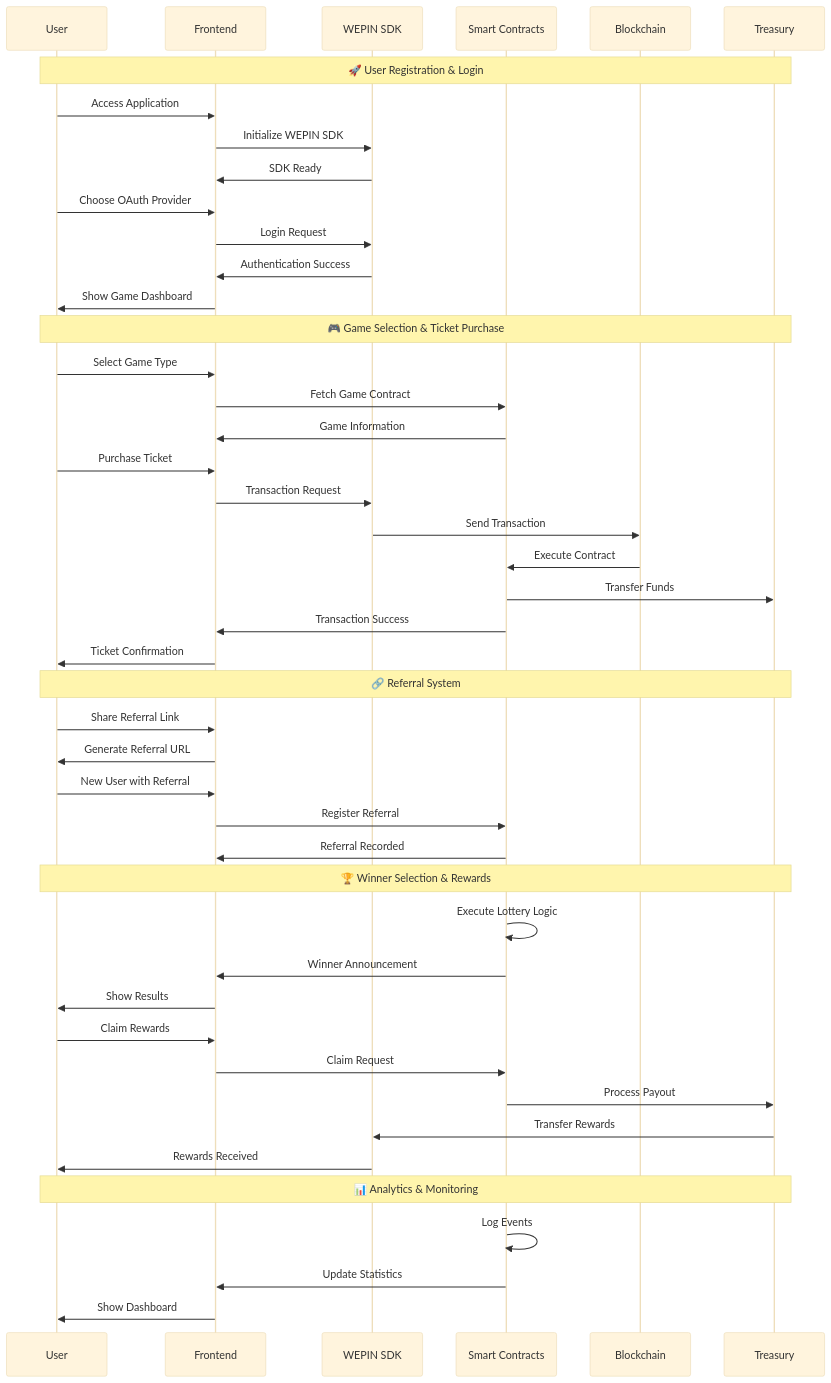
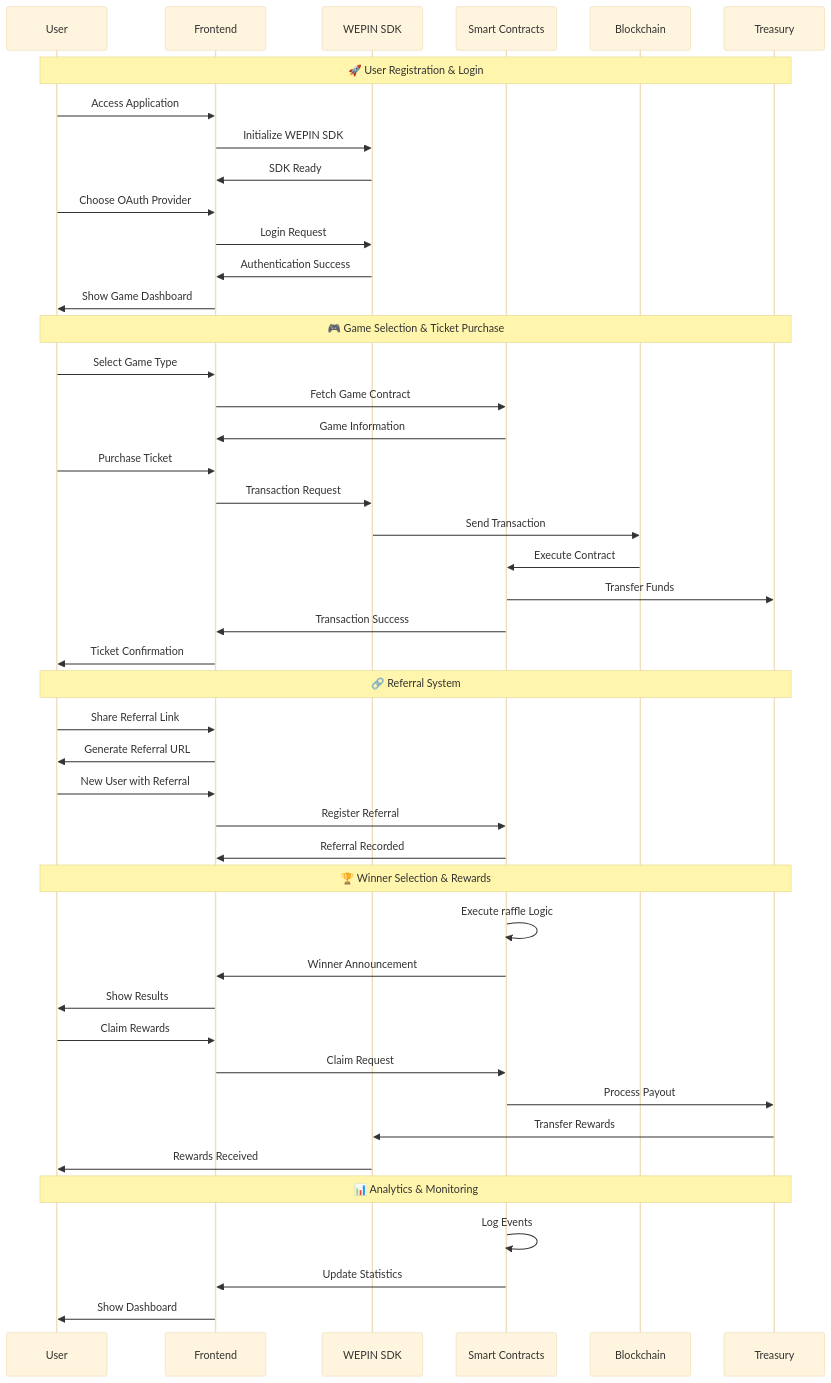
Before and after one commit to ABSFinance/Very-Lottery: the second of 2 diagrams in README.md, drawn with Mermaid (base theme). The commit also changed other lines of this file, not shown here.

````diff
--- a/README.md
+++ b/README.md
@@ -261,52 +261,52 @@
 ```mermaid
 sequenceDiagram
     participant U as User
     participant F as Frontend
     participant W as WEPIN SDK
     participant SC as Smart Contracts
     participant BC as Blockchain
     participant T as Treasury
 
     Note over U,T: 🚀 User Registration & Login
     U->>F: Access Application
     F->>W: Initialize WEPIN SDK
     W->>F: SDK Ready
     U->>F: Choose OAuth Provider
     F->>W: Login Request
     W->>F: Authentication Success
     F->>U: Show Game Dashboard
 
     Note over U,T: 🎮 Game Selection & Ticket Purchase
     U->>F: Select Game Type
     F->>SC: Fetch Game Contract
     SC->>F: Game Information
     U->>F: Purchase Ticket
     F->>W: Transaction Request
     W->>BC: Send Transaction
     BC->>SC: Execute Contract
     SC->>T: Transfer Funds
     SC->>F: Transaction Success
     F->>U: Ticket Confirmation
 
     Note over U,T: 🔗 Referral System
     U->>F: Share Referral Link
     F->>U: Generate Referral URL
     U->>F: New User with Referral
     F->>SC: Register Referral
     SC->>F: Referral Recorded
 
     Note over U,T: 🏆 Winner Selection & Rewards
-    SC->>SC: Execute Lottery Logic
+    SC->>SC: Execute raffle Logic
     SC->>F: Winner Announcement
     F->>U: Show Results
     U->>F: Claim Rewards
     F->>SC: Claim Request
     SC->>T: Process Payout
     T->>W: Transfer Rewards
     W->>U: Rewards Received
 
     Note over U,T: 📊 Analytics & Monitoring
     SC->>SC: Log Events
     SC->>F: Update Statistics
     F->>U: Show Dashboard
 ```
````
